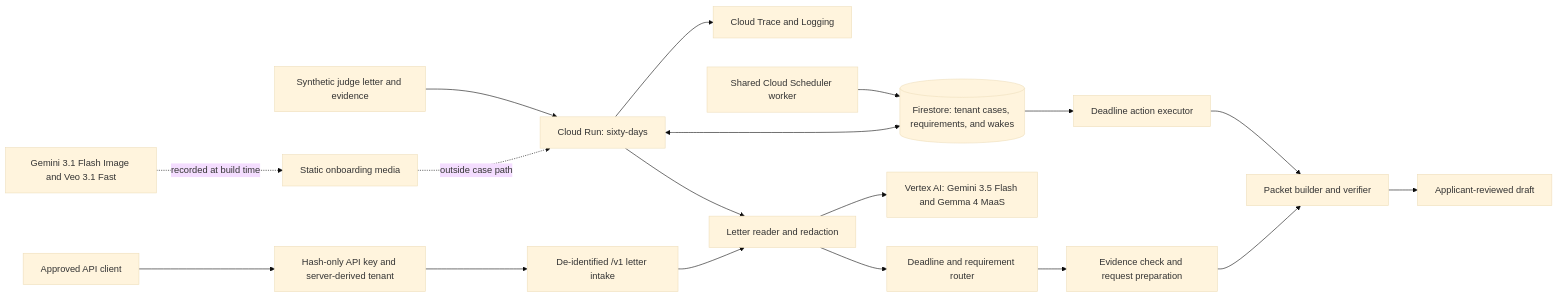
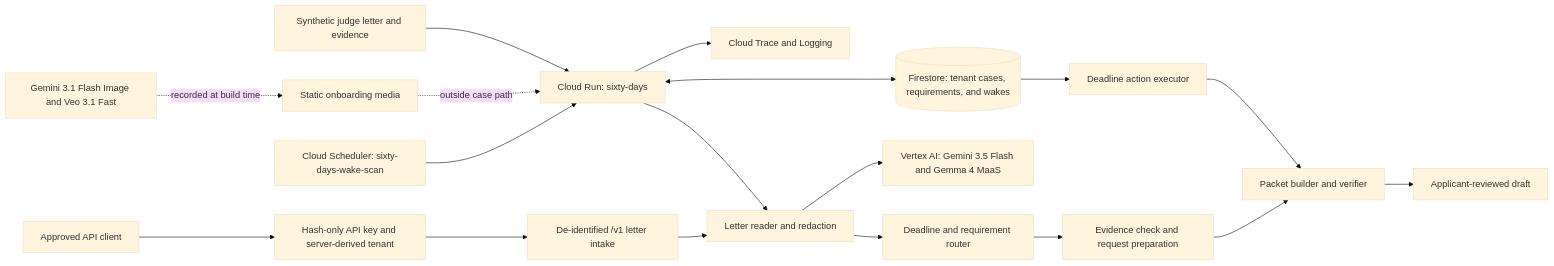
One commit to usv240/sixty-days changed the diagram in docs/architecture.mmd. Above: the diagram before and after it, drawn with Mermaid (base theme). The commit also changed 13 other files, not shown here.

```diff
--- a/docs/architecture.mmd
+++ b/docs/architecture.mmd
@@ -1,18 +1,18 @@
 flowchart LR
     A[Synthetic judge letter and evidence] --> B[Cloud Run: sixty-days]
     API[Approved API client] --> K[Hash-only API key and server-derived tenant]
     K --> DI[De-identified /v1 letter intake]
     B --> L[Letter reader and redaction]
     DI --> L
     L --> D[Deadline and requirement router]
     D --> E[Evidence check and request preparation]
     E --> P[Packet builder and verifier]
     B <--> F[(Firestore: tenant cases, requirements, and wakes)]
     L --> V[Vertex AI: Gemini 3.5 Flash and Gemma 4 MaaS]
     F --> X[Deadline action executor]
     X --> P
-    S[Shared Cloud Scheduler worker] --> F
+    S[Cloud Scheduler: sixty-days-wake-scan] --> B
     B --> T[Cloud Trace and Logging]
     P --> H[Applicant-reviewed draft]
     M[Gemini 3.1 Flash Image and Veo 3.1 Fast] -. recorded at build time .-> O[Static onboarding media]
     O -. outside case path .-> B
```
